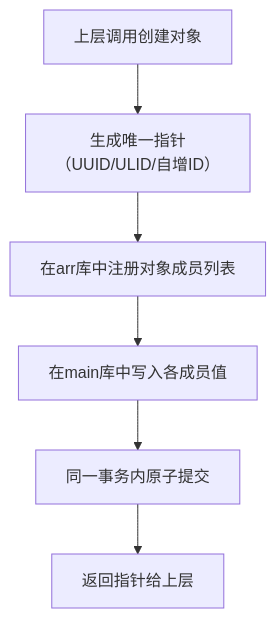
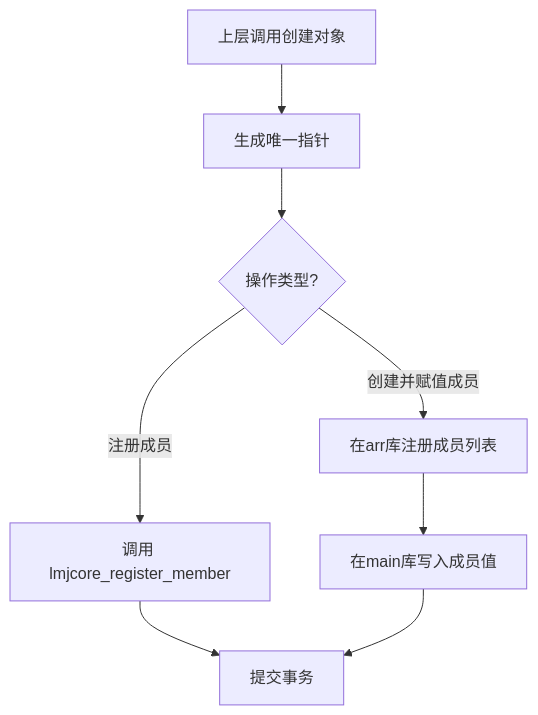
The fourth of 6 diagrams in docs/core/LMJCore 内核使用流程图.md (QiDream-hub/LMJCore), drawn with Mermaid before and after one commit. The commit also changed 9 other files, not shown here.

````diff
--- a/docs/core/LMJCore 内核使用流程图.md
+++ b/docs/core/LMJCore 内核使用流程图.md
@@ -53,8 +53,10 @@
 ```mermaid
 flowchart TD
-    A[上层调用创建对象] --> B[生成唯一指针<br>（UUID/ULID/自增ID）]
-    B --> C[在arr库中注册对象成员列表]
-    C --> D[在main库中写入各成员值]
-    D --> E[同一事务内原子提交]
-    E --> F[返回指针给上层]
+    A[上层调用创建对象] --> B[生成唯一指针]
+    B --> C{操作类型?}
+    C -->|注册成员| D[调用 lmjcore_register_member]
+    C -->|创建并赋值成员| E[在arr库注册成员列表]
+    D --> F[提交事务]
+    E --> G[在main库写入成员值]
+    G --> F
 ```
````
